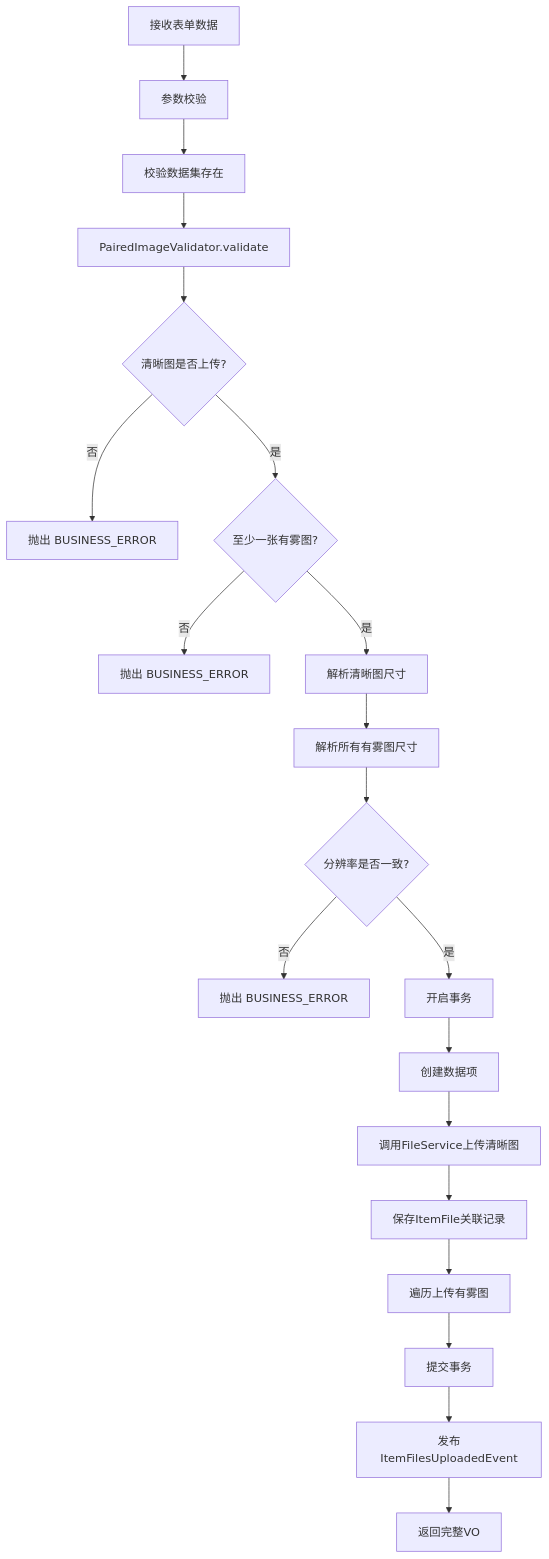
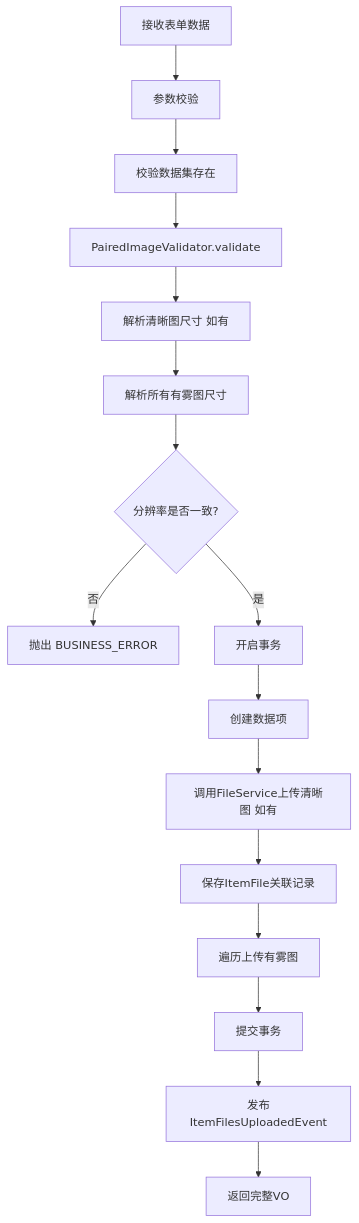
The fourth of 4 diagrams in dehaze-doc/docs/03-模块设计/核心模块/数据集管理/后端实现.md (earthy-zinc/dehaze-system), drawn with Mermaid before and after one commit. The commit also changed other lines of this file and 96 other files, not shown here.

````diff
--- a/dehaze-doc/docs/03-模块设计/核心模块/数据集管理/后端实现.md
+++ b/dehaze-doc/docs/03-模块设计/核心模块/数据集管理/后端实现.md
@@ -190,22 +190,18 @@
 ```mermaid
 graph TD
     A[接收表单数据] --> B[参数校验]
     B --> C[校验数据集存在]
     C --> D[PairedImageValidator.validate]
-    D --> E{清晰图是否上传?}
-    E -->|否| F[抛出 BUSINESS_ERROR]
-    E -->|是| G{至少一张有雾图?}
-    G -->|否| H[抛出 BUSINESS_ERROR]
-    G -->|是| I[解析清晰图尺寸]
+    D --> I[解析清晰图尺寸 如有]
     I --> J[解析所有有雾图尺寸]
     J --> K{分辨率是否一致?}
     K -->|否| L[抛出 BUSINESS_ERROR]
     K -->|是| M[开启事务]
     M --> N[创建数据项]
-    N --> O[调用FileService上传清晰图]
+    N --> O[调用FileService上传清晰图 如有]
     O --> P[保存ItemFile关联记录]
     P --> Q[遍历上传有雾图]
     Q --> R[提交事务]
     R --> S[发布ItemFilesUploadedEvent]
     S --> T[返回完整VO]
 ```
````
